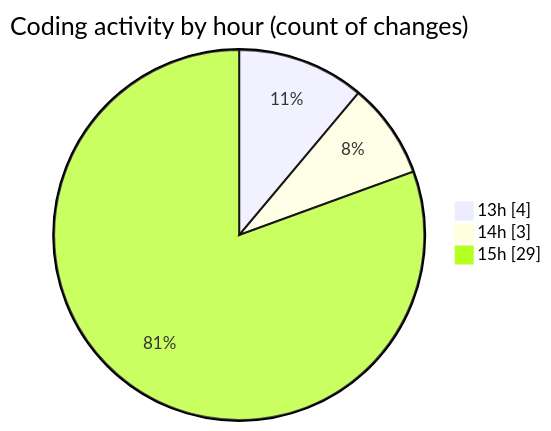
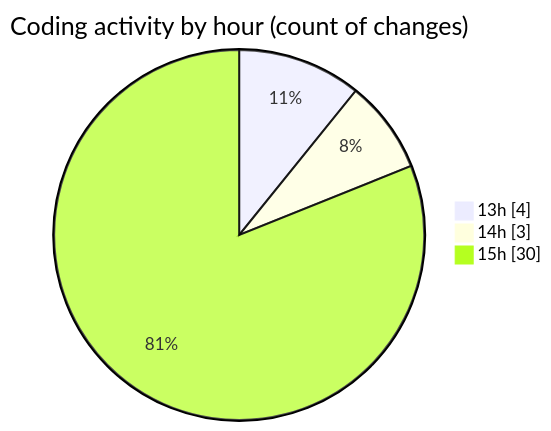
One commit to EIIisD/code-tracking changed the second of 2 diagrams in 2025-08-11/ribbon/README.md. Above: the diagram before and after it, drawn with Mermaid. The commit also changed other lines of this file and 1 other file, not shown here.

````diff
--- a/2025-08-11/ribbon/README.md
+++ b/2025-08-11/ribbon/README.md
@@ -46,7 +46,7 @@
 ```mermaid
 pie showData
 title Coding activity by hour (count of changes)
 "13h" : 4
 "14h" : 3
-"15h" : 29
+"15h" : 30
 ```
````
